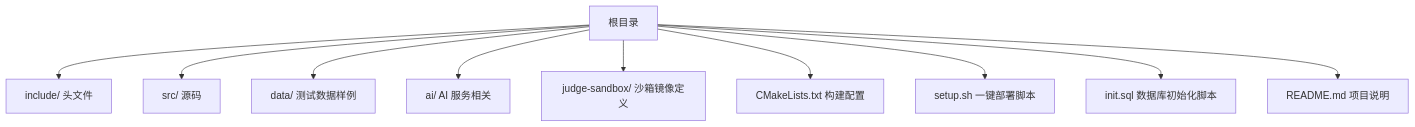
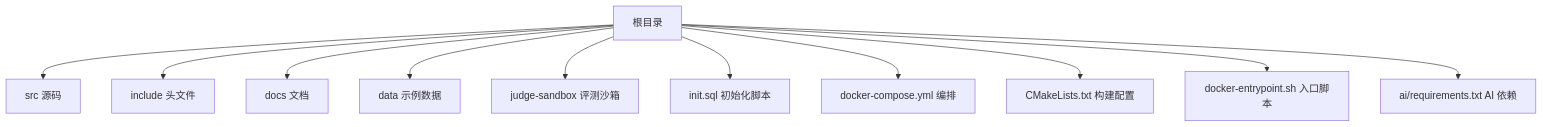
One commit to jinpeng900/OJ-Test changed the first of 7 diagrams in .qoder/repowiki/zh/content/快速开始.md. Above: the diagram before and after it, drawn with Mermaid. The commit also changed other lines of this file and 42 other files, not shown here.

````diff
--- a/.qoder/repowiki/zh/content/快速开始.md
+++ b/.qoder/repowiki/zh/content/快速开始.md
@@ -45,12 +41,13 @@
 ```mermaid
 graph TB
-A["根目录"] --> B["include/ 头文件"]
-A --> C["src/ 源码"]
-A --> D["data/ 测试数据样例"]
-A --> E["ai/ AI 服务相关"]
-A --> F["judge-sandbox/ 沙箱镜像定义"]
-A --> G["CMakeLists.txt 构建配置"]
-A --> H["setup.sh 一键部署脚本"]
-A --> I["init.sql 数据库初始化脚本"]
-A --> J["README.md 项目说明"]
+Root["根目录"] --> Src["src 源码"]
+Root --> Include["include 头文件"]
+Root --> Docs["docs 文档"]
+Root --> Data["data 示例数据"]
+Root --> JudgeSandbox["judge-sandbox 评测沙箱"]
+Root --> InitSQL["init.sql 初始化脚本"]
+Root --> Compose["docker-compose.yml 编排"]
+Root --> CMake["CMakeLists.txt 构建配置"]
+Root --> Entry["docker-entrypoint.sh 入口脚本"]
+Root --> AI["ai/requirements.txt AI 依赖"]
 ```
````
